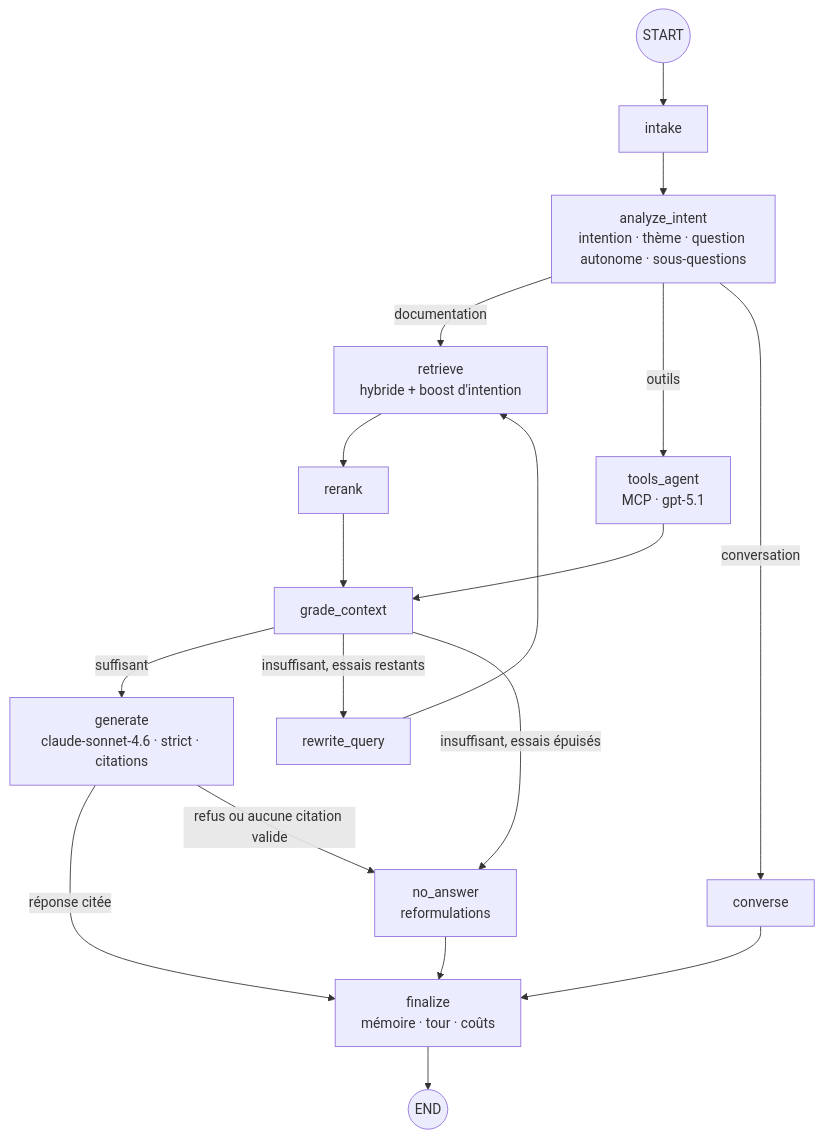
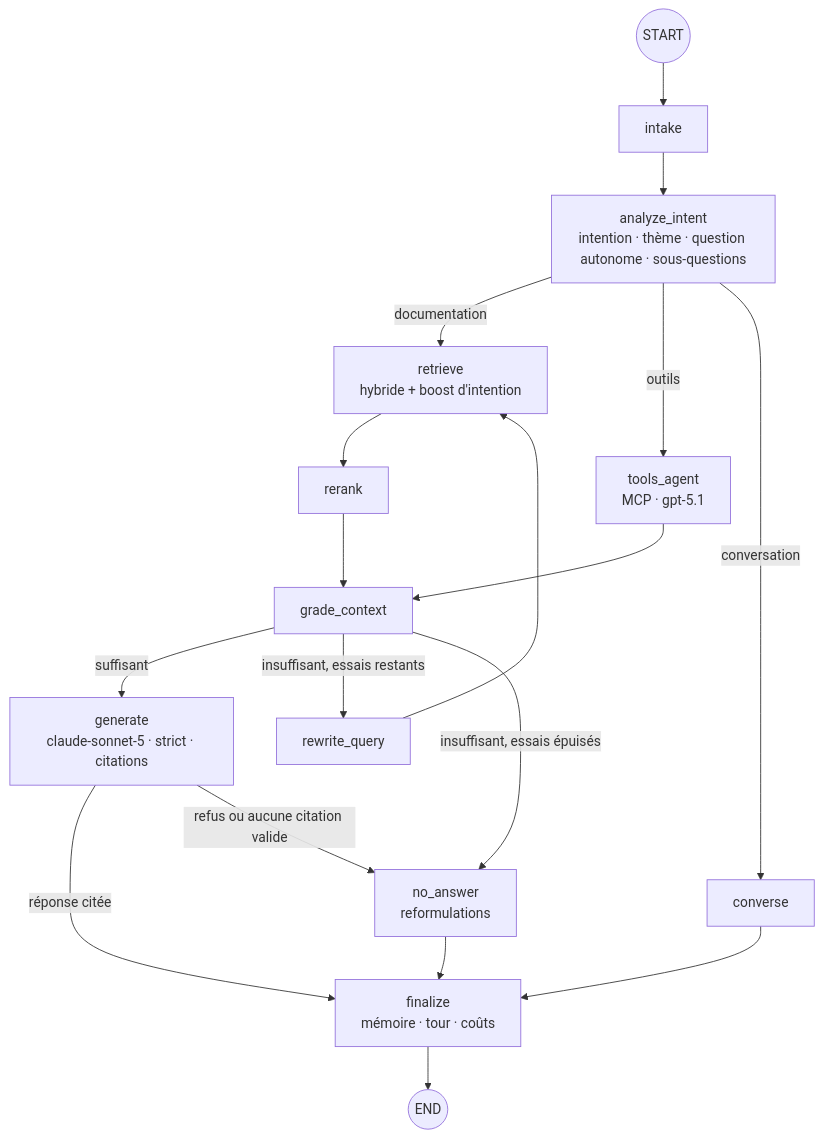
The second of 2 diagrams in README.md (Sontsa1998/final_o2s-assistant), drawn with Mermaid before and after one commit. The commit also changed other lines of this file and 35 other files, not shown here.

````diff
--- a/README.md
+++ b/README.md
@@ -71,20 +71,20 @@
 ```mermaid
 flowchart TD
     S((START)) --> IN[intake]
     IN --> AI[analyze_intent<br/>intention · thème · question autonome · sous-questions]
     AI -->|documentation| RE[retrieve<br/>hybride + boost d'intention]
     AI -->|outils| TA[tools_agent<br/>MCP · gpt-5.1]
     AI -->|conversation| CO[converse]
     RE --> RK[rerank]
     RK --> GR[grade_context]
     TA --> GR
-    GR -->|suffisant| GE[generate<br/>claude-sonnet-4.6 · strict · citations]
+    GR -->|suffisant| GE[generate<br/>claude-sonnet-5 · strict · citations]
     GR -->|insuffisant, essais restants| RW[rewrite_query]
     RW --> RE
     GR -->|insuffisant, essais épuisés| NA[no_answer<br/>reformulations]
     GE -->|réponse citée| FI[finalize<br/>mémoire · tour · coûts]
     GE -->|refus ou aucune citation valide| NA
     NA --> FI
     CO --> FI
     FI --> E((END))
 ```
````
